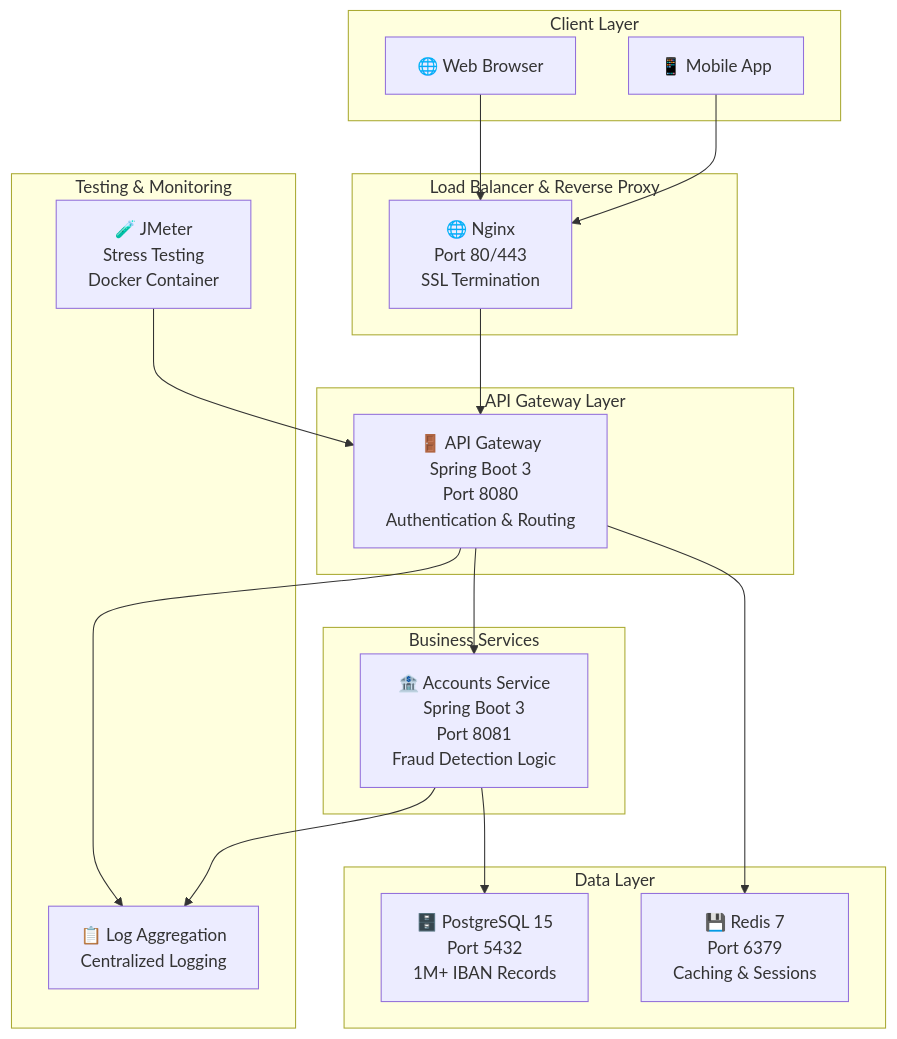
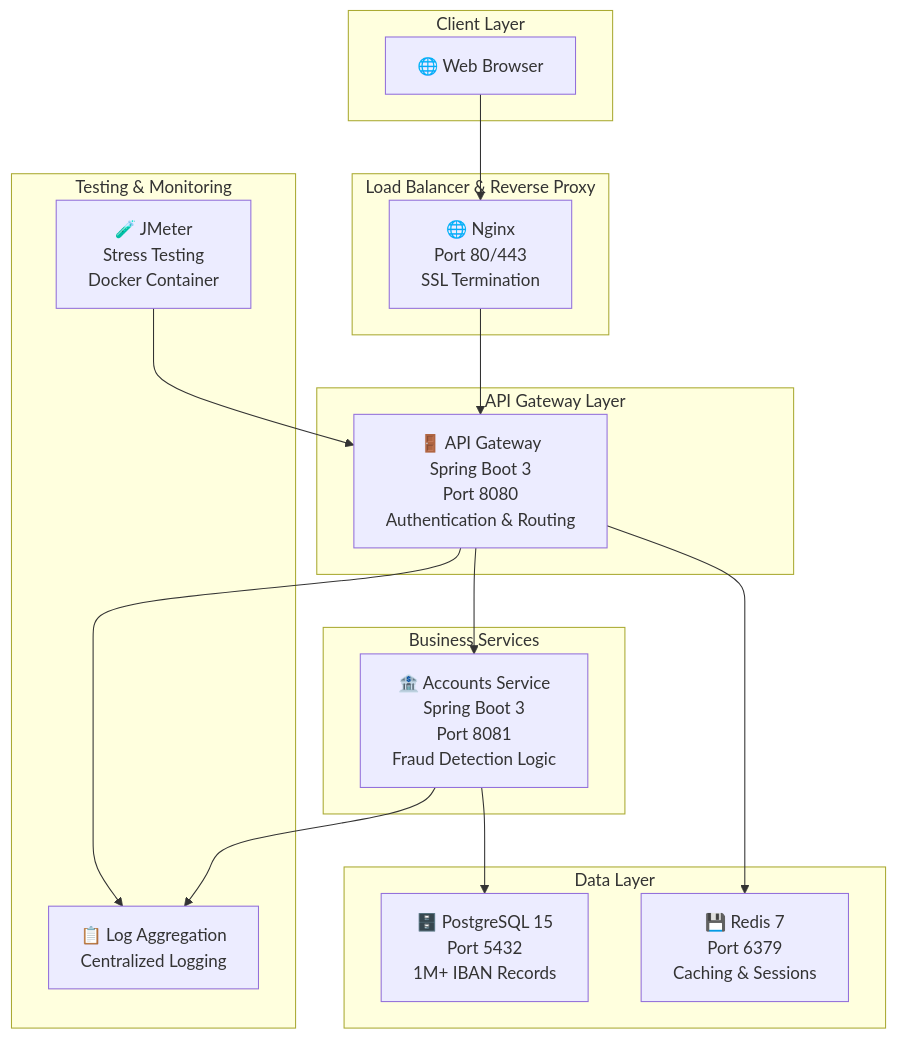
The diagram in README.md (TedoNeObichaJavaScript/Instant-Invoice-Fraud-Shield), drawn with Mermaid before and after one commit. The commit also changed other lines of this file, not shown here.

First line of the commit message:
Fix README: Remove mobile app references

````diff
--- a/README.md
+++ b/README.md
@@ -78,39 +78,37 @@
 ```mermaid
 graph TB
     subgraph "Client Layer"
         Browser[🌐 Web Browser]
-        Mobile[📱 Mobile App]
     end
     
     subgraph "Load Balancer & Reverse Proxy"
         Nginx[🌐 Nginx<br/>Port 80/443<br/>SSL Termination]
     end
     
     subgraph "API Gateway Layer"
         Gateway[🚪 API Gateway<br/>Spring Boot 3<br/>Port 8080<br/>Authentication & Routing]
     end
     
     subgraph "Business Services"
         Accounts[🏦 Accounts Service<br/>Spring Boot 3<br/>Port 8081<br/>Fraud Detection Logic]
     end
     
     subgraph "Data Layer"
         Postgres[🗄️ PostgreSQL 15<br/>Port 5432<br/>1M+ IBAN Records]
         Redis[💾 Redis 7<br/>Port 6379<br/>Caching & Sessions]
     end
     
     subgraph "Testing & Monitoring"
         JMeter[🧪 JMeter<br/>Stress Testing<br/>Docker Container]
         Logs[📋 Log Aggregation<br/>Centralized Logging]
     end
     
     Browser --> Nginx
-    Mobile --> Nginx
     Nginx --> Gateway
     Gateway --> Accounts
     Gateway --> Redis
     Accounts --> Postgres
     JMeter --> Gateway
     Gateway --> Logs
     Accounts --> Logs
 ```
````
